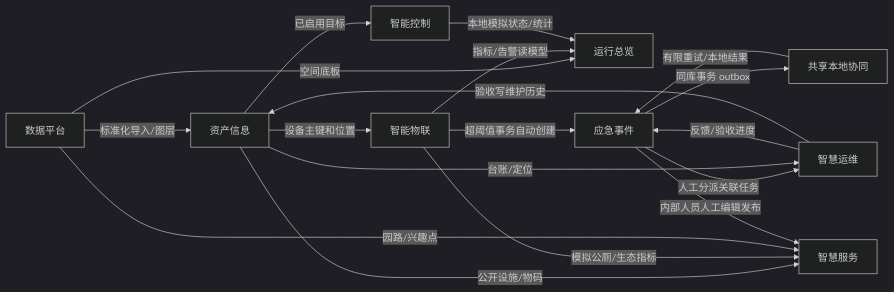
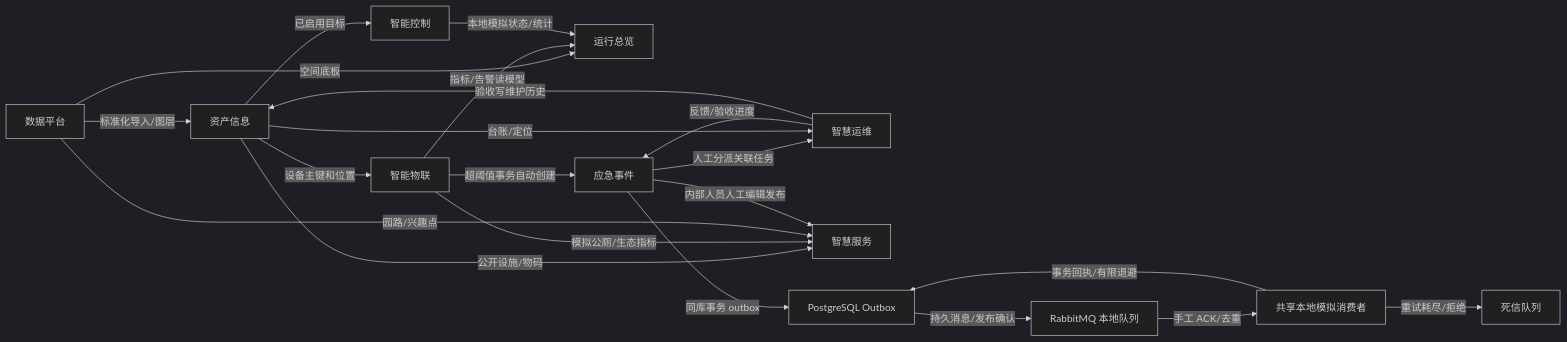
One commit to leddal/smart-park-for-test changed the first of 3 diagrams in docs/模块设计与关联说明.md. Above: the diagram before and after it, drawn with Mermaid (dark theme). The commit also changed other lines of this file and 32 other files, not shown here.

Commit message:
Add RabbitMQ outbox delivery and stabilize E2E fixtures

````diff
--- a/docs/模块设计与关联说明.md
+++ b/docs/模块设计与关联说明.md
@@ -83,20 +83,23 @@
 ```mermaid
 flowchart LR
     Data[数据平台] -->|标准化导入/图层| Assets[资产信息]
     Data -->|空间底板| Overview[运行总览]
     Assets -->|设备主键和位置| IoT[智能物联]
     IoT -->|指标/告警读模型| Overview
     IoT -->|超阈值事务自动创建| Emergency[应急事件]
     Emergency -->|人工分派关联任务| Operations[智慧运维]
     Assets -->|台账/定位| Operations
     Operations -->|反馈/验收进度| Emergency
     Operations -->|验收写维护历史| Assets
     Assets -->|已启用目标| Control[智能控制]
     Control -->|本地模拟状态/统计| Overview
     Assets -->|公开设施/物码| Services[智慧服务]
     IoT -->|模拟公厕/生态指标| Services
     Data -->|园路/兴趣点| Services
     Emergency -->|内部人员人工编辑发布| Services
-    Emergency -->|同库事务 outbox| Outbox[共享本地协同]
-    Outbox -->|有限重试/本地结果| Emergency
+    Emergency -->|同库事务 outbox| Outbox[PostgreSQL Outbox]
+    Outbox -->|持久消息/发布确认| MQ[RabbitMQ 本地队列]
+    MQ -->|手工 ACK/去重| Consumer[共享本地模拟消费者]
+    Consumer -->|事务回执/有限退避| Outbox
+    Consumer -->|重试耗尽/拒绝| Dead[死信队列]
 ```
````
